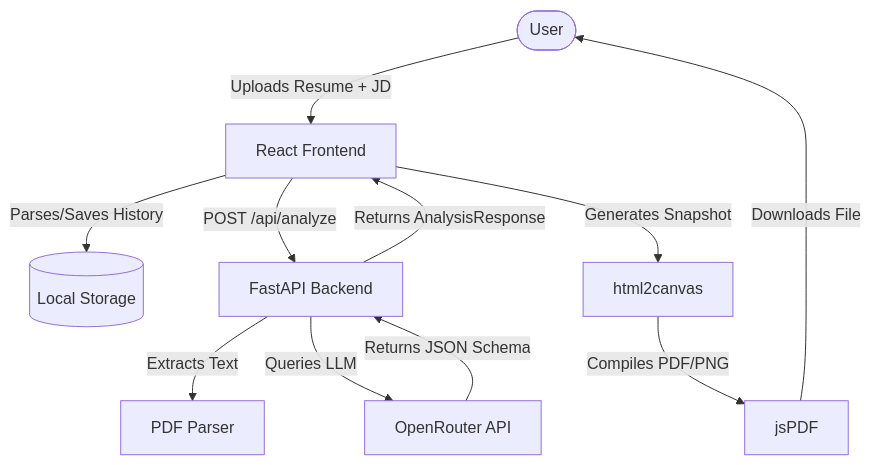
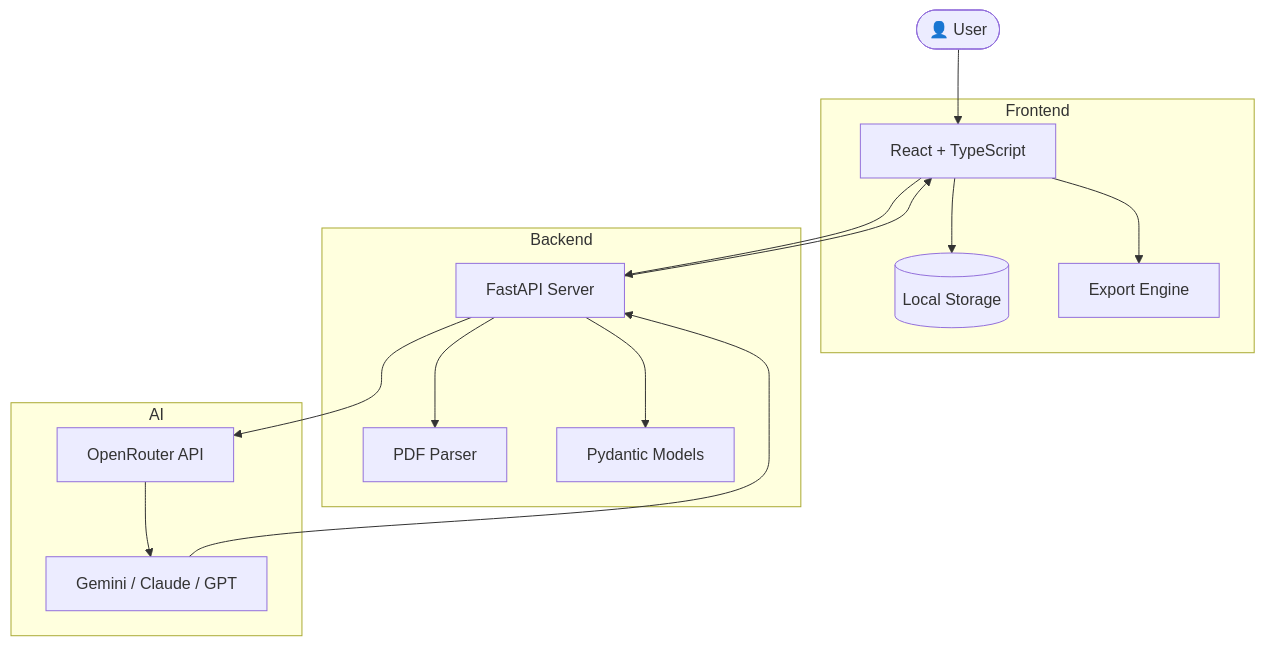
One commit to LoganthP/ResumeIQ changed the first of 3 diagrams in README.md. Above: the diagram before and after it, drawn with Mermaid. The commit also changed other lines of this file, not shown here.

````diff
--- a/README.md
+++ b/README.md
@@ -39,13 +127,42 @@
 ```mermaid
-graph TD
-    User([User]) -->|Uploads Resume + JD| FE[React Frontend]
-    FE -->|Parses/Saves History| LS[(Local Storage)]
-    FE -->|POST /api/analyze| BE[FastAPI Backend]
-    BE -->|Extracts Text| PDFP[PDF Parser]
-    BE -->|Queries LLM| OR[OpenRouter API]
-    OR -->|Returns JSON Schema| BE
-    BE -->|Returns AnalysisResponse| FE
-    FE -->|Generates Snapshot| Canvas[html2canvas]
-    Canvas -->|Compiles PDF/PNG| JS[jsPDF]
-    JS -->|Downloads File| User
+graph TB
+
+    User([👤 User])
+
+    subgraph Frontend
+        UI[React + TypeScript]
+        Store[(Local Storage)]
+        Export[Export Engine]
+    end
+
+    subgraph Backend
+        API[FastAPI Server]
+        Parser[PDF Parser]
+        Validator[Pydantic Models]
+    end
+
+    subgraph AI
+        OpenRouter[OpenRouter API]
+        LLMs[Gemini / Claude / GPT]
+    end
+
+    User --> UI
+
+    UI --> Store
+
+    UI --> API
+
+    API --> Parser
+
+    API --> Validator
+
+    API --> OpenRouter
+
+    OpenRouter --> LLMs
+
+    LLMs --> API
+
+    API --> UI
+
+    UI --> Export
 ```
````
